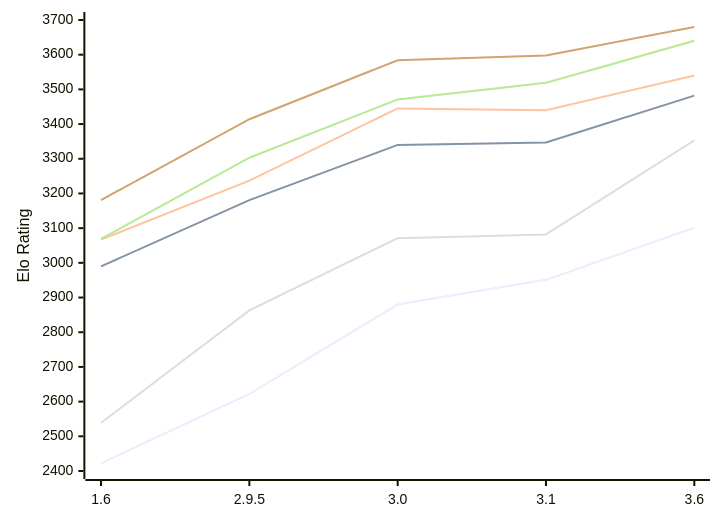
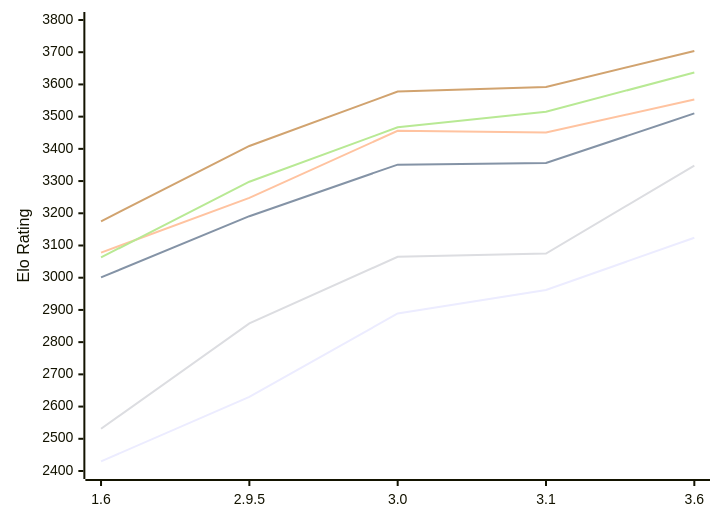
One commit to computer-chess-index/cci changed the diagram in engines/Chessenger.md. Above: the diagram before and after it, drawn with Mermaid. The commit also changed other lines of this file, not shown here.

Commit message:
Update CCI Ratings (ELO VLTC) - 2026-11-06

````diff
--- a/engines/Chessenger.md
+++ b/engines/Chessenger.md
@@ -55,12 +55,12 @@
 ```mermaid
 %%{init: {"theme":"base","themeVariables":{"seriesColors:['#a3a3a3','#222221','#faa371']}}}%%
 xychart-beta
   x-axis ["1.6", "2.9.5", "3.0", "3.1", "3.6"]
-  y-axis "Elo Rating" 2400 --> 3700
-  line "E1: STC (8.0+0.08s)" [2422, 2622, 2880, 2951, 3101]
-  line "E1: LTC (60.0+0.60s)" [2990, 3181, 3340, 3347, 3482]
-  line "E1: VLTC (2m24s+1.12s)" [3067, 3237, 3445, 3440, 3540]
-  line "P1: STC (8.0+0.08s)" [2539, 2863, 3071, 3082, 3353]
-  line "P1: LTC (60.0+0.60s)" [3069, 3303, 3471, 3519, 3640]
-  line "P1: VLTC (2m24s+1.12s)" [3181, 3414, 3584, 3598, 3680]
+  y-axis "Elo Rating" 2400 --> 3800
+  line "E1: STC (8.0+0.08s)" [2430, 2630, 2889, 2962, 3124]
+  line "E1: LTC (60.0+0.60s)" [3001, 3191, 3351, 3356, 3510]
+  line "E1: VLTC (2m24s+1.12s)" [3078, 3248, 3456, 3451, 3553]
+  line "P1: STC (8.0+0.08s)" [2531, 2858, 3065, 3075, 3348]
+  line "P1: LTC (60.0+0.60s)" [3063, 3298, 3467, 3515, 3637]
+  line "P1: VLTC (2m24s+1.12s)" [3175, 3409, 3578, 3592, 3704]
 ```
````
